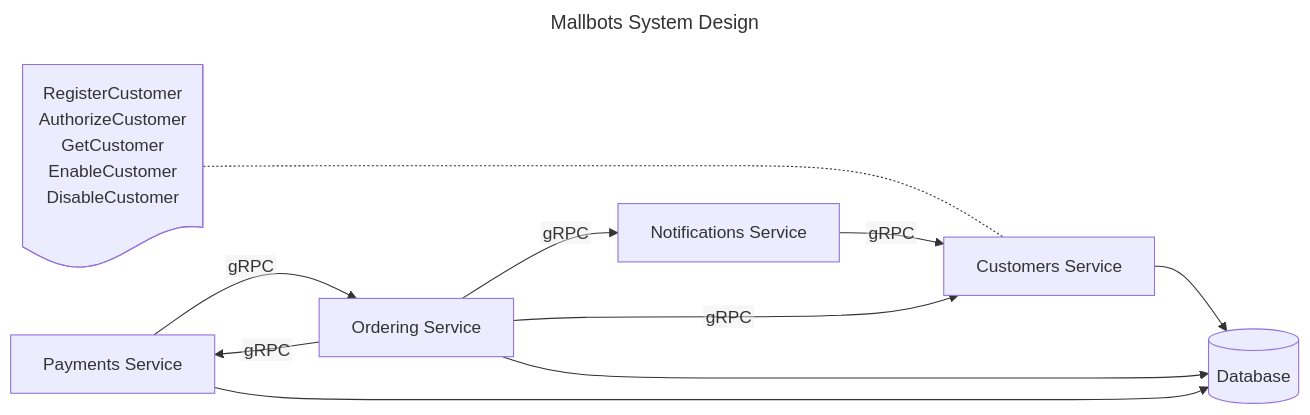
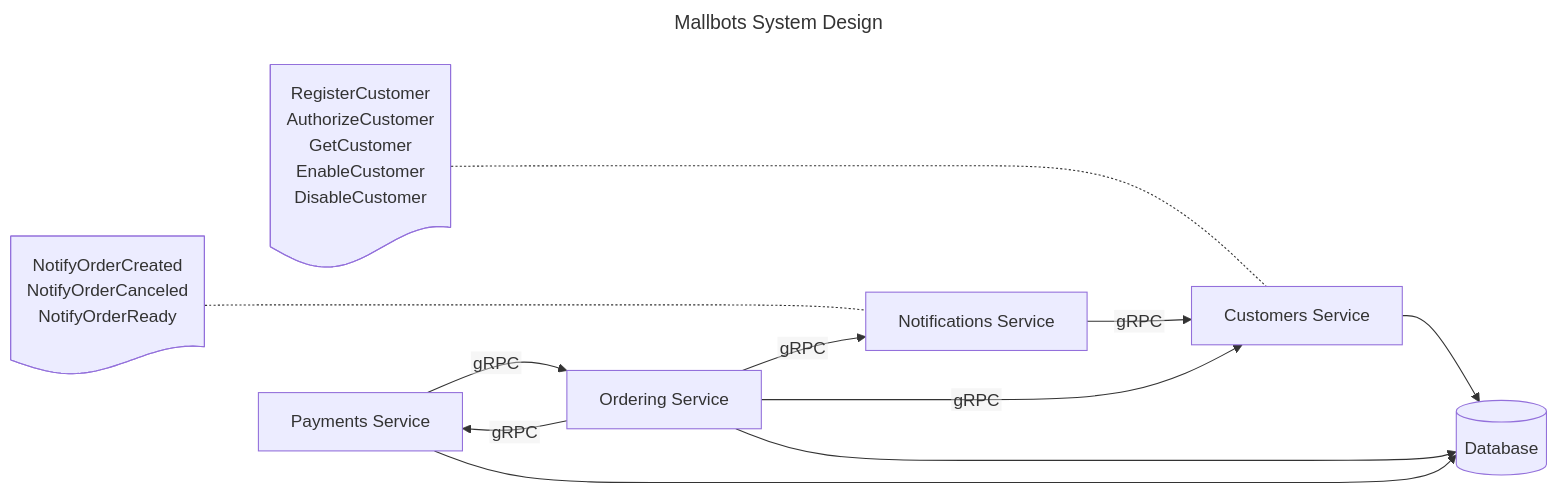
Before and after one commit to cuongpiger/mallbots: the diagram in README.md, drawn with Mermaid.

Commit message:
docs: system designs

````diff
--- a/README.md
+++ b/README.md
@@ -20,34 +20,41 @@
 ```mermaid
 ---
 title: Mallbots System Design
 
 config:
   flowchart:
     htmlLabels: false
 ---
 flowchart LR
   customers[Customers Service]
   notifications[Notifications Service]
   payments[Payments Service]
   ordering[Ordering Service]
   database[(Database)]
 
-  customers_doc["`
+  customers_doc["
   RegisterCustomer
   AuthorizeCustomer
   GetCustomer
   EnableCustomer
   DisableCustomer
-    `"]@{ shape: doc }
+  "]@{ shape: doc }
+
+  notifications_doc["
+  NotifyOrderCreated
+  NotifyOrderCanceled
+  NotifyOrderReady
+  "]@{ shape: doc }
 
   customers_doc -...- customers
+  notifications_doc -...- notifications
 
   notifications -->|gRPC| customers
   customers --> database
   ordering -->|gRPC| notifications
   ordering -->|gRPC| customers
   ordering -->|gRPC| payments
   ordering --> database
   payments -->|gRPC| ordering
   payments --> database
 ```
````
